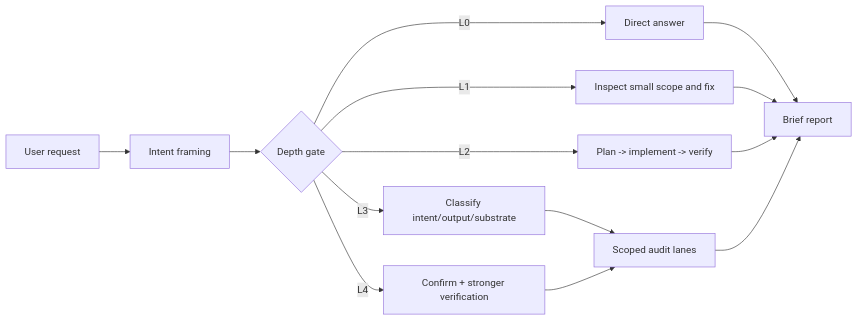
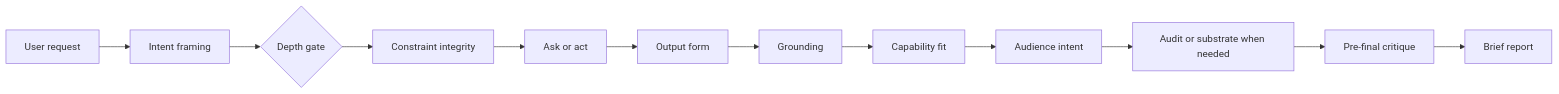
Before and after one commit to Nam-Cheol/codex-fable-mode: the diagram in README.en.md, drawn with Mermaid. The commit also changed other lines of this file and 13 other files, not shown here.

````diff
--- a/README.en.md
+++ b/README.en.md
@@ -32,16 +36,14 @@
 ```mermaid
 flowchart LR
     A["User request"] --> B["Intent framing"]
     B --> C{"Depth gate"}
-    C -->|L0| D["Direct answer"]
-    C -->|L1| E["Inspect small scope and fix"]
-    C -->|L2| F["Plan -> implement -> verify"]
-    C -->|L3| G["Classify intent/output/substrate"]
-    C -->|L4| H["Confirm + stronger verification"]
-    G --> I["Scoped audit lanes"]
-    H --> I
-    D --> J["Brief report"]
-    E --> J
-    F --> J
-    I --> J
+    C --> D["Constraint integrity"]
+    D --> E["Ask or act"]
+    E --> F["Output form"]
+    F --> G["Grounding"]
+    G --> H["Capability fit"]
+    H --> I["Audience intent"]
+    I --> J["Audit or substrate when needed"]
+    J --> K["Pre-final critique"]
+    K --> L["Brief report"]
 ```
````
